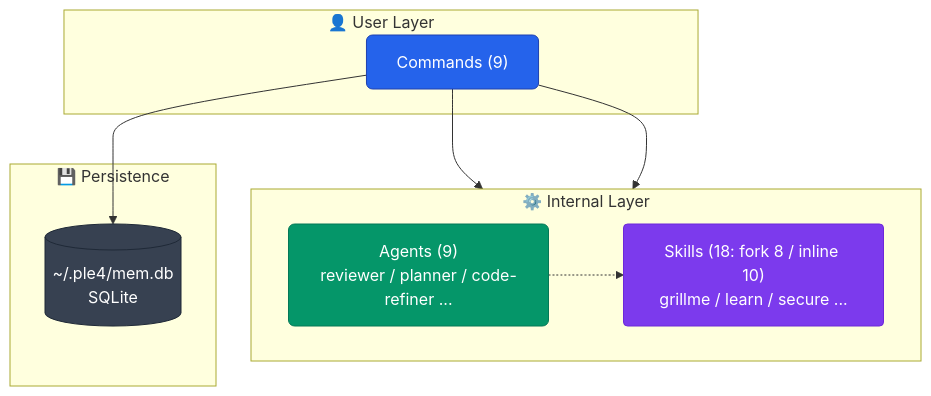
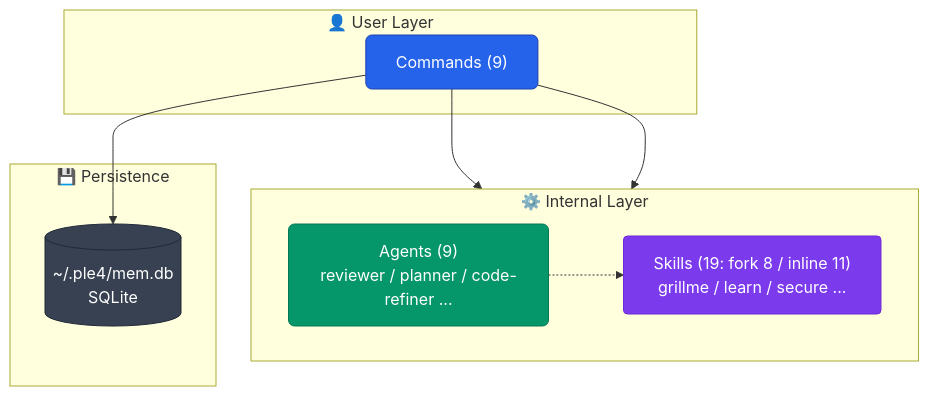
One commit to aokumablue/claq changed diagram 12 of 12 in README.md. Above: the diagram before and after it, drawn with Mermaid. The commit also changed 1 other file, not shown here.

Commit message:
feat(skills): 差分だけ見て確定分を適用する quick-review を追加
quick-code / quick-test と同じ往復モードをレビューへ移す。指摘の正否がファイルを
読むだけで決まるものは最小修正を適用して返し、決まらないものは適用せずに返す。
提案だけで止めない点は quick-code と同じで、レビュー結果と適用結果を1回の往復に
まとめる。

核は「測っていない指摘を severity で丸めない」こと。深刻度は影響の大きさの軸で
あって確からしさの軸ではないため、両者を1つの数字に潰すと測れば重大だった指摘が
低優先として黙って消える。未計測は「未計測」と名指しし、それを計測に変える1行を
必ず添える。ハンドオフは「適用した修正」「適用しなかった指摘」の2バケットで、
後者は0件でも「なし」と書いてブロックごと消さない（指摘が無かったのか書き忘れ
なのかを人間が区別できなくなるため）。

「簡易」は読みの浅さではなくスコープで表現する — 差分のみ・上限5件・サブ
エージェント並列なし・網羅レポートなし。網羅性が要るなら /review へ回す。

````diff
--- a/README.md
+++ b/README.md
@@ -520,26 +520,26 @@
 ```mermaid
 flowchart TB
   classDef cmd    fill:#2563eb,stroke:#1e40af,color:#fff,rx:6
   classDef agent  fill:#059669,stroke:#047857,color:#fff,rx:6
   classDef skill  fill:#7c3aed,stroke:#6d28d9,color:#fff,rx:4
   classDef store  fill:#374151,stroke:#1f2937,color:#fff,rx:4
 
   subgraph user["👤 User Layer"]
     CMD["Commands (9)"]:::cmd
   end
 
   subgraph internal["⚙️ Internal Layer"]
     direction LR
     AGT["Agents (9)<br/>reviewer / planner / code-refiner ..."]:::agent
-    SKL["Skills (18: fork 8 / inline 10)<br/>grillme / learn / secure ..."]:::skill
+    SKL["Skills (19: fork 8 / inline 11)<br/>grillme / learn / secure ..."]:::skill
   end
 
   subgraph persistence["💾 Persistence"]
     DB[("~/.ple4/mem.db<br/>SQLite")]:::store
   end
 
   CMD --> AGT
   CMD --> SKL
   AGT -.-> SKL
   CMD --> DB
 ```
````
